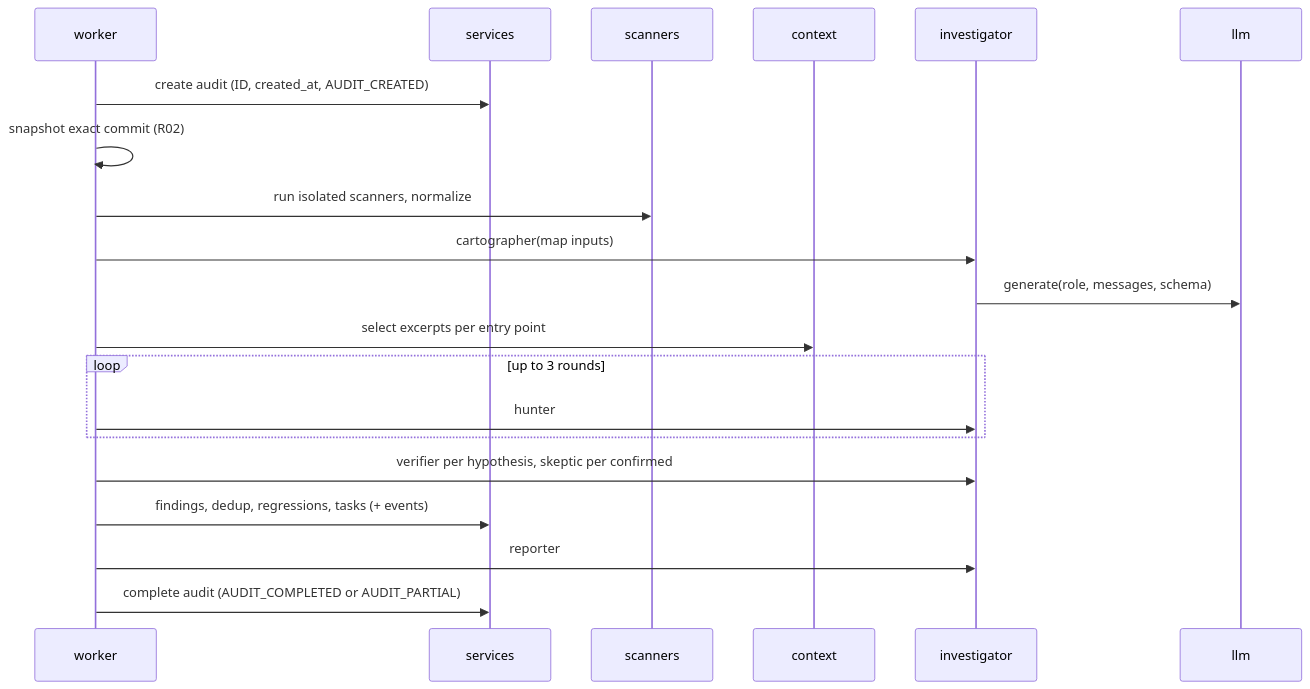
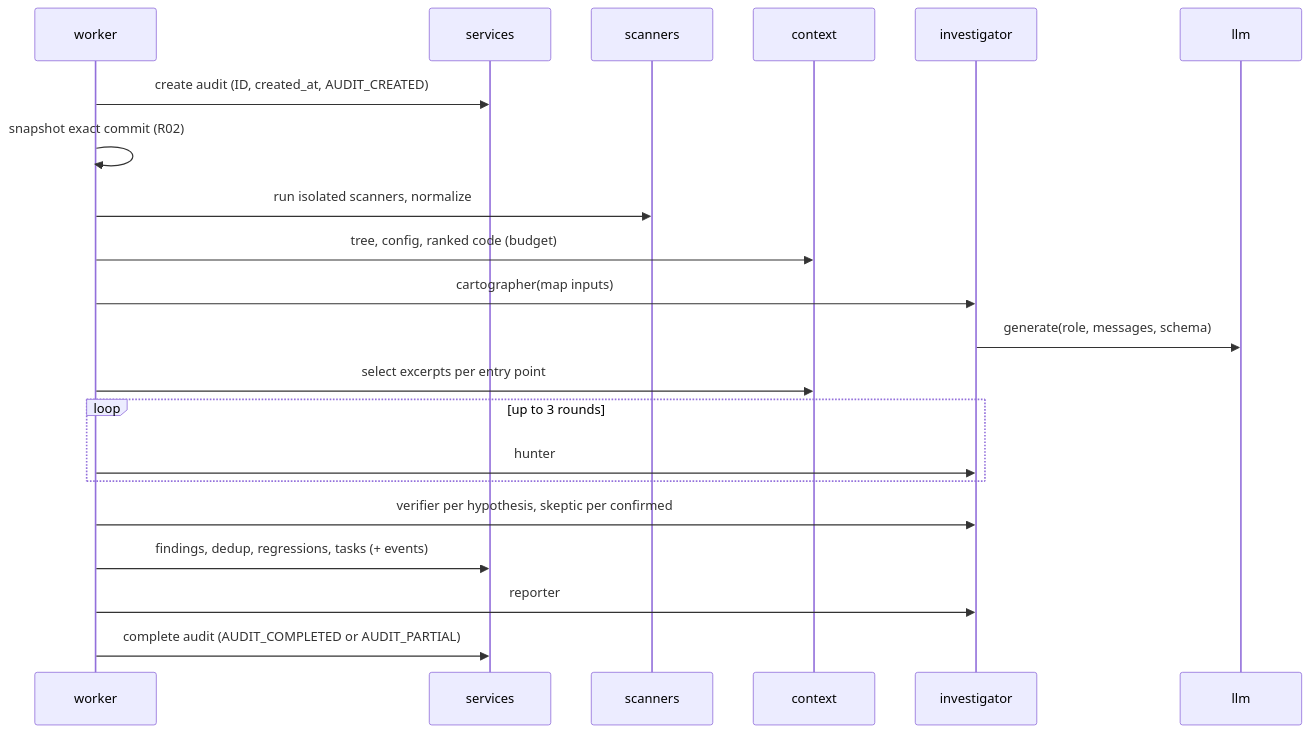
Before and after one commit to AlexandreZanata/OpenTatu: the third of 3 diagrams in docs/ARCHITECTURE.md, drawn with Mermaid. The commit also changed other lines of this file and 88 other files, not shown here.

````diff
--- a/docs/ARCHITECTURE.md
+++ b/docs/ARCHITECTURE.md
@@ -130,22 +130,23 @@
 ```mermaid
 sequenceDiagram
   participant W as worker
   participant S as services
   participant SC as scanners
   participant C as context
   participant I as investigator
   participant L as llm
   W->>S: create audit (ID, created_at, AUDIT_CREATED)
   W->>W: snapshot exact commit (R02)
   W->>SC: run isolated scanners, normalize
+  W->>C: tree, config, ranked code (budget)
   W->>I: cartographer(map inputs)
   I->>L: generate(role, messages, schema)
   W->>C: select excerpts per entry point
   loop up to 3 rounds
     W->>I: hunter
   end
   W->>I: verifier per hypothesis, skeptic per confirmed
   W->>S: findings, dedup, regressions, tasks (+ events)
   W->>I: reporter
   W->>S: complete audit (AUDIT_COMPLETED or AUDIT_PARTIAL)
 ```
````
